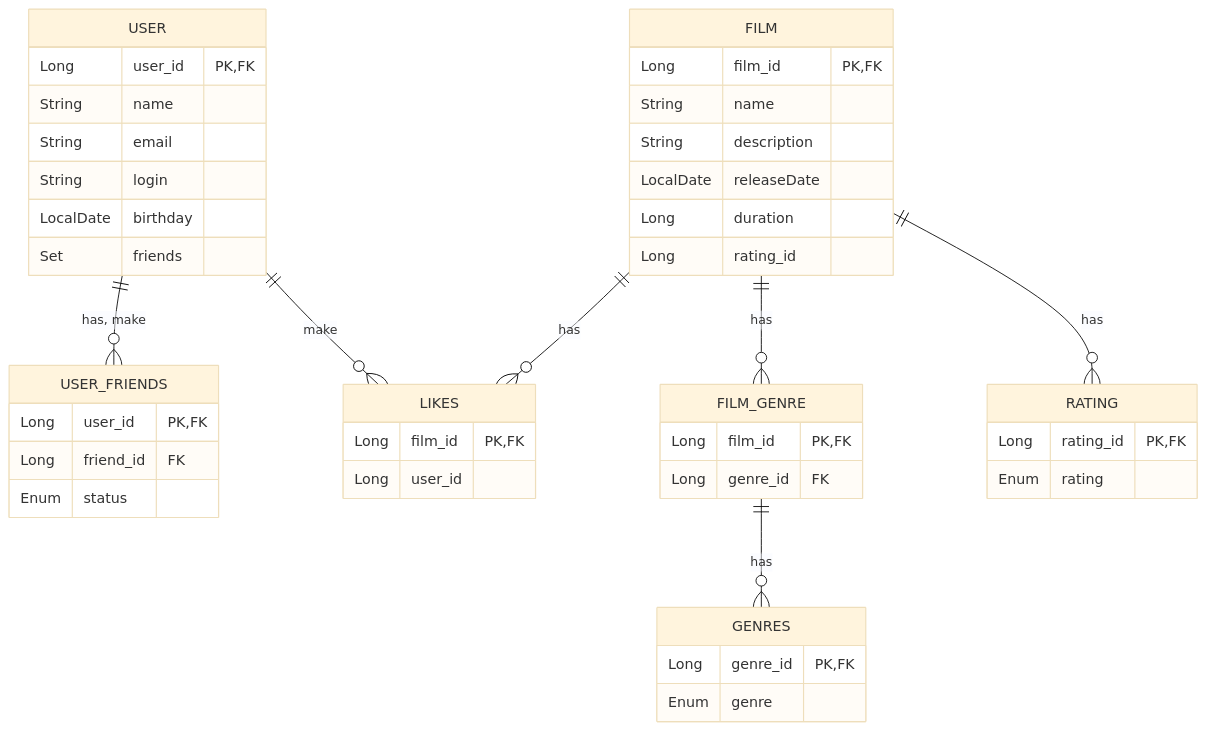
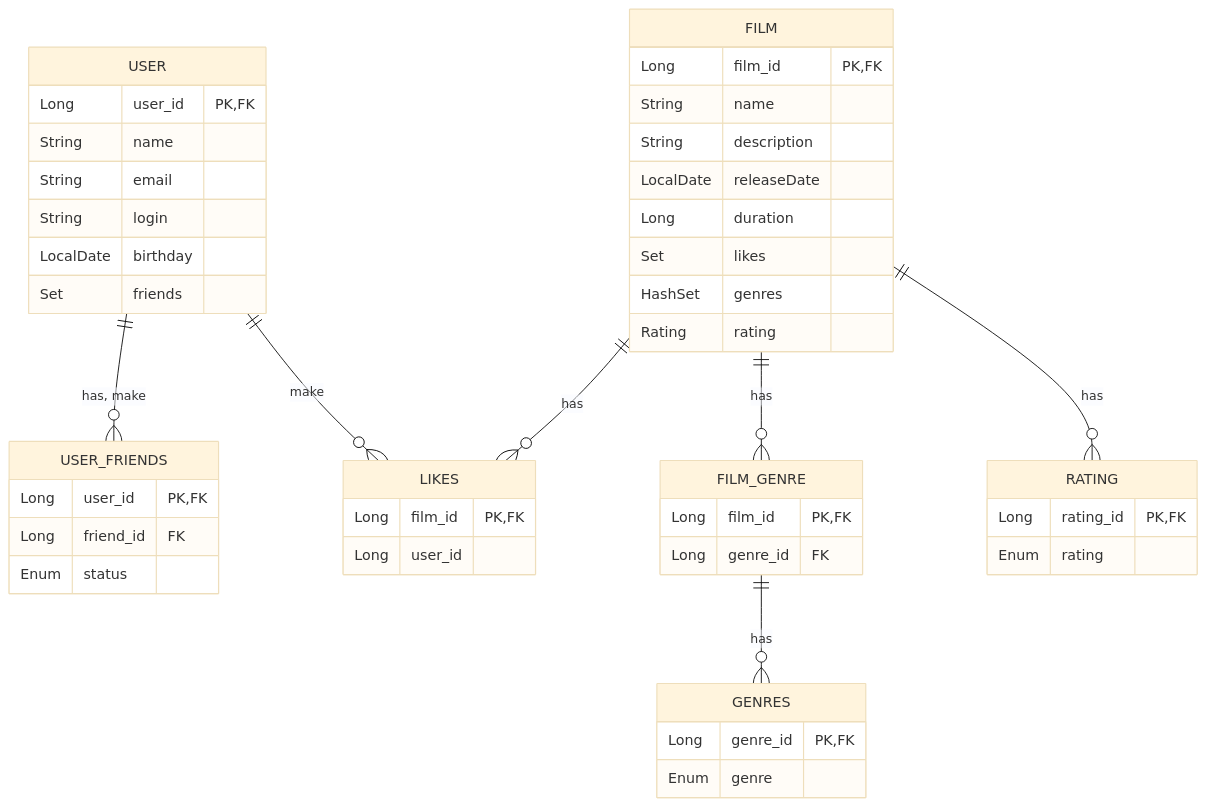
Before and after one commit to VolchenkoP/java-filmorate: the diagram in README.md, drawn with Mermaid (base theme). The commit also changed 3 other files, not shown here.

Commit message:
поправить диаграмму 12 и добавить новые сущности

````diff
--- a/README.md
+++ b/README.md
@@ -7,46 +7,48 @@
 ```mermaid
 erDiagram
     USER || --o{ USER_FRIENDS : "has, make"
     USER || --o{ LIKES : make
     USER {
     Long user_id PK, FK
     String name
     String email
     String login
     LocalDate birthday
     Set friends
     }
     USER_FRIENDS {
     Long user_id PK, FK
     Long friend_id FK
     Enum status
     }
     FILM || --o{ FILM_GENRE : has
     FILM || --o{ LIKES : has
     FILM || --o{ RATING : has
     FILM {
     Long film_id PK, FK
     String name
     String description
     LocalDate releaseDate
     Long duration
-    Long rating_id
+    Set likes
+    HashSet genres
+    Rating rating
     }
     FILM_GENRE || --o{ GENRES : has
     FILM_GENRE {
     Long film_id PK, FK
     Long genre_id FK
     }
     GENRES {
     Long genre_id PK, FK
     Enum genre
     }
     RATING {
     Long rating_id PK, FK
     Enum rating
     }
     LIKES {
     Long film_id PK, FK
     Long user_id
     }
 ```
````
